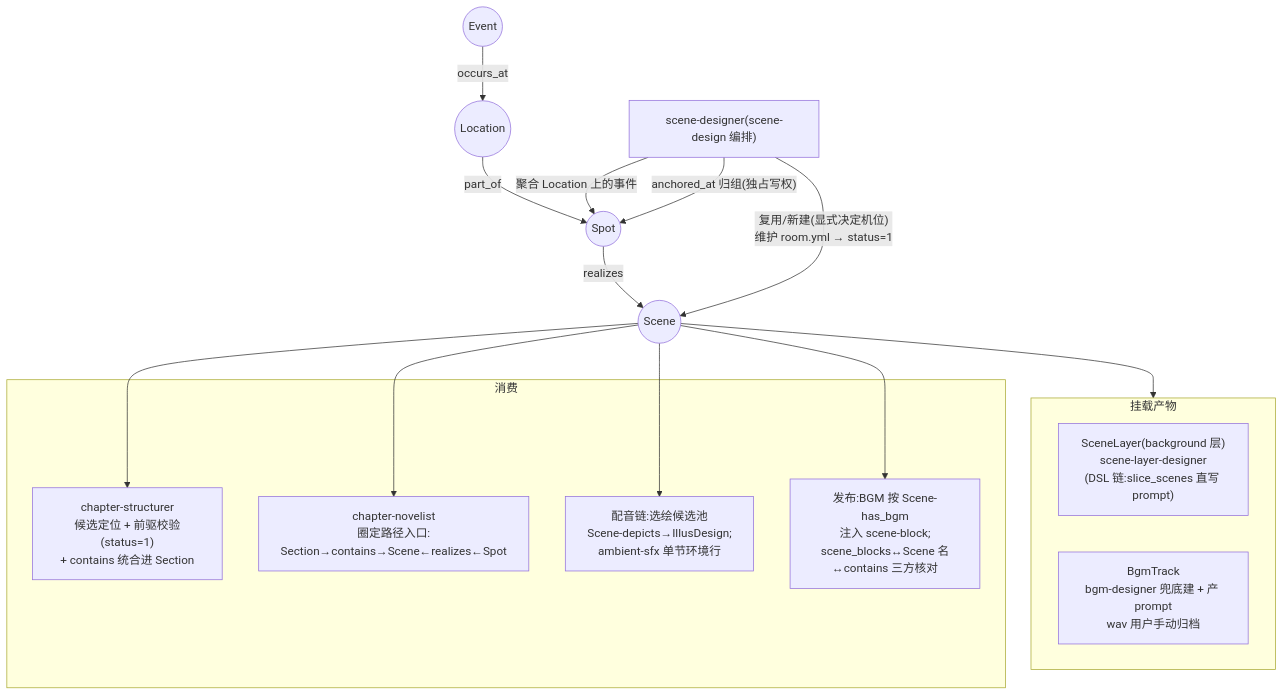
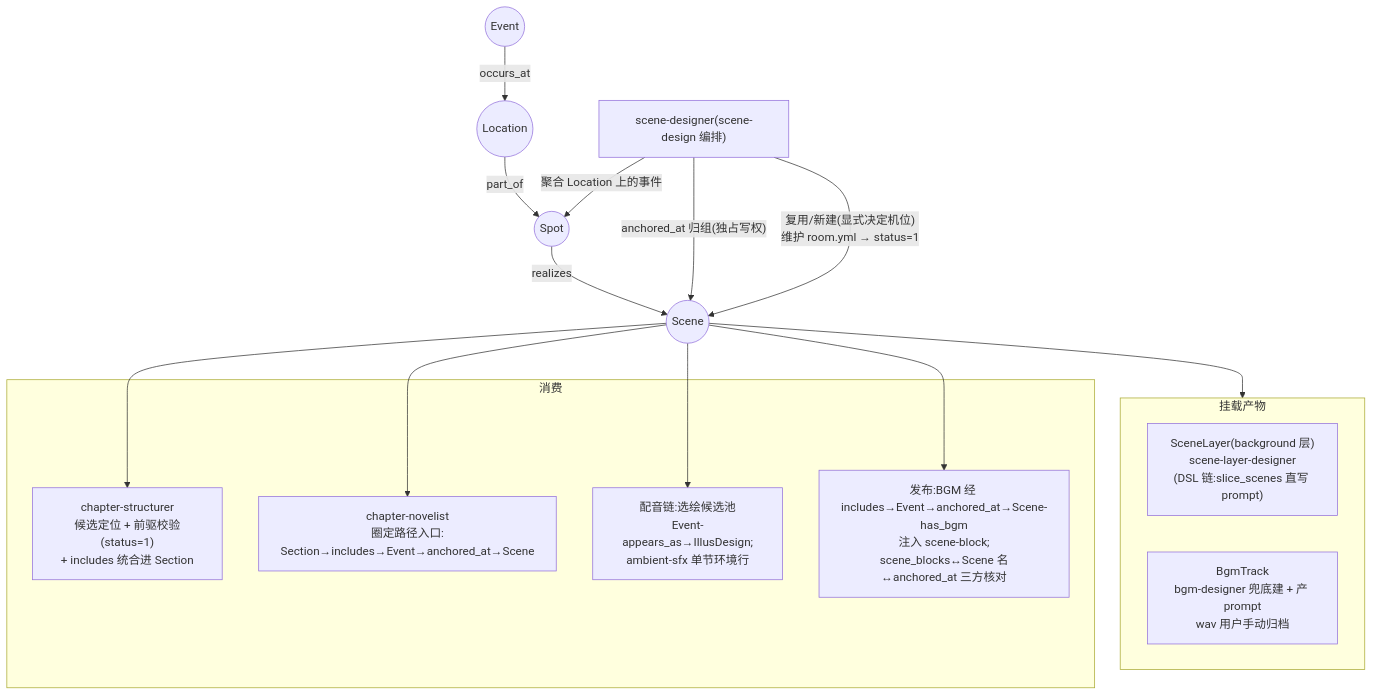
Before and after one commit to CrazyJinn/ProxyLove: the fourth of 4 diagrams in demo/叙事生产消费流程.md, drawn with Mermaid. The commit also changed other lines of this file and 26 other files, not shown here.

First line of the commit message:
Event 驱动化改造：图模型重构与全消费方切换

````diff
--- a/demo/叙事生产消费流程.md
+++ b/demo/叙事生产消费流程.md
@@ -120,24 +120,24 @@
 ```mermaid
 flowchart TD
     EV(("Event")) -- "occurs_at" --> LOC(("Location"))
     SD["scene-designer(scene-design 编排)"]
     SD -->|"聚合 Location 上的事件"| SP(("Spot"))
-    SD -->|"anchored_at 归组(独占写权)"| SP
+    SD -->|"anchored_at 归组(独占写权)"| SC
     LOC -- "part_of" --> SP
     SP -- "realizes" --> SC(("Scene"))
     SD -->|"复用/新建(显式决定机位)<br/>维护 room.yml → status=1"| SC
 
     subgraph SUB["挂载产物"]
         SL["SceneLayer(background 层)<br/>scene-layer-designer<br/>(DSL 链:slice_scenes 直写 prompt)"]
         BG["BgmTrack<br/>bgm-designer 兜底建 + 产 prompt<br/>wav 用户手动归档"]
     end
     SC --> SUB
 
     subgraph C["消费"]
-        U1["chapter-structurer<br/>候选定位 + 前驱校验(status=1)<br/>+ contains 统合进 Section"]
-        U2["chapter-novelist<br/>圈定路径入口:<br/>Section→contains→Scene←realizes←Spot"]
-        U3["配音链:选绘候选池<br/>Scene-depicts→IllusDesign;<br/>ambient-sfx 单节环境行"]
-        U4["发布:BGM 按 Scene-has_bgm<br/>注入 scene-block;<br/>scene_blocks↔Scene 名↔contains 三方核对"]
+        U1["chapter-structurer<br/>候选定位 + 前驱校验(status=1)<br/>+ includes 统合进 Section"]
+        U2["chapter-novelist<br/>圈定路径入口:<br/>Section→includes→Event→anchored_at→Scene"]
+        U3["配音链:选绘候选池<br/>Event-appears_as→IllusDesign;<br/>ambient-sfx 单节环境行"]
+        U4["发布:BGM 经 includes→Event→anchored_at→Scene-has_bgm<br/>注入 scene-block;<br/>scene_blocks↔Scene 名↔anchored_at 三方核对"]
     end
     SC --> U1 & U2 & U3 & U4
 ```
````
